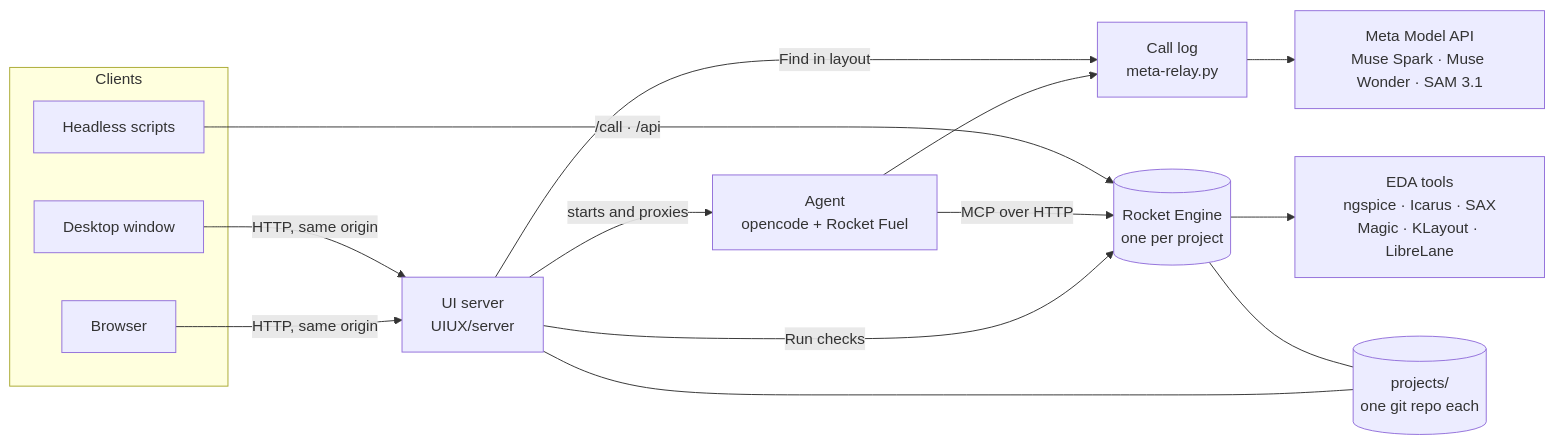
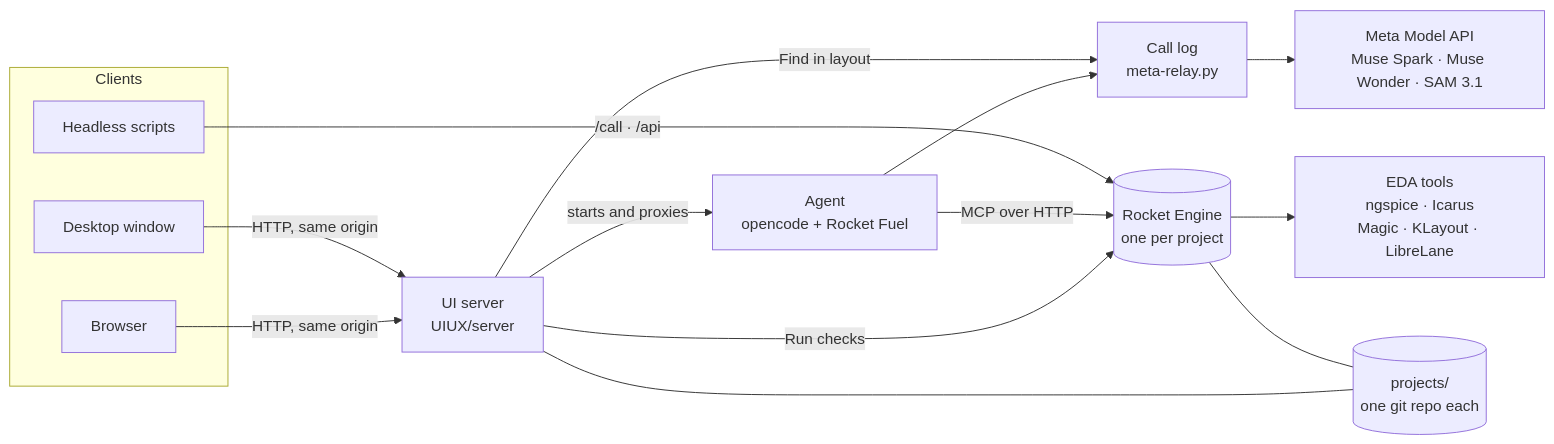
Before and after one commit to Team-RocketEDA/RocketIDE: the diagram in README.md, drawn with Mermaid. The commit also changed other lines of this file and 15 other files, not shown here.

````diff
--- a/README.md
+++ b/README.md
@@ -200,27 +175,27 @@
 ```mermaid
 flowchart LR
   subgraph clients["Clients"]
     B["Browser"]
     D["Desktop window"]
     S["Headless scripts"]
   end
   UI["UI server<br/>UIUX/server"]
   A["Agent<br/>opencode + Rocket Fuel"]
   R["Call log<br/>meta-relay.py"]
   M["Meta Model API<br/>Muse Spark · Muse Wonder · SAM 3.1"]
   E[("Rocket Engine<br/>one per project")]
-  T["EDA tools<br/>ngspice · Icarus · SAX<br/>Magic · KLayout · LibreLane"]
+  T["EDA tools<br/>ngspice · Icarus<br/>Magic · KLayout · LibreLane"]
   P[("projects/<br/>one git repo each")]
 
   B -- "HTTP, same origin" --> UI
   D -- "HTTP, same origin" --> UI
   UI -- "starts and proxies" --> A
   UI -- "Run checks" --> E
   A -- "MCP over HTTP" --> E
   A --> R --> M
   UI -- "Find in layout" --> R
   S -- "/call · /api" --> E
   E --> T
   UI --- P
   E --- P
 ```
````
